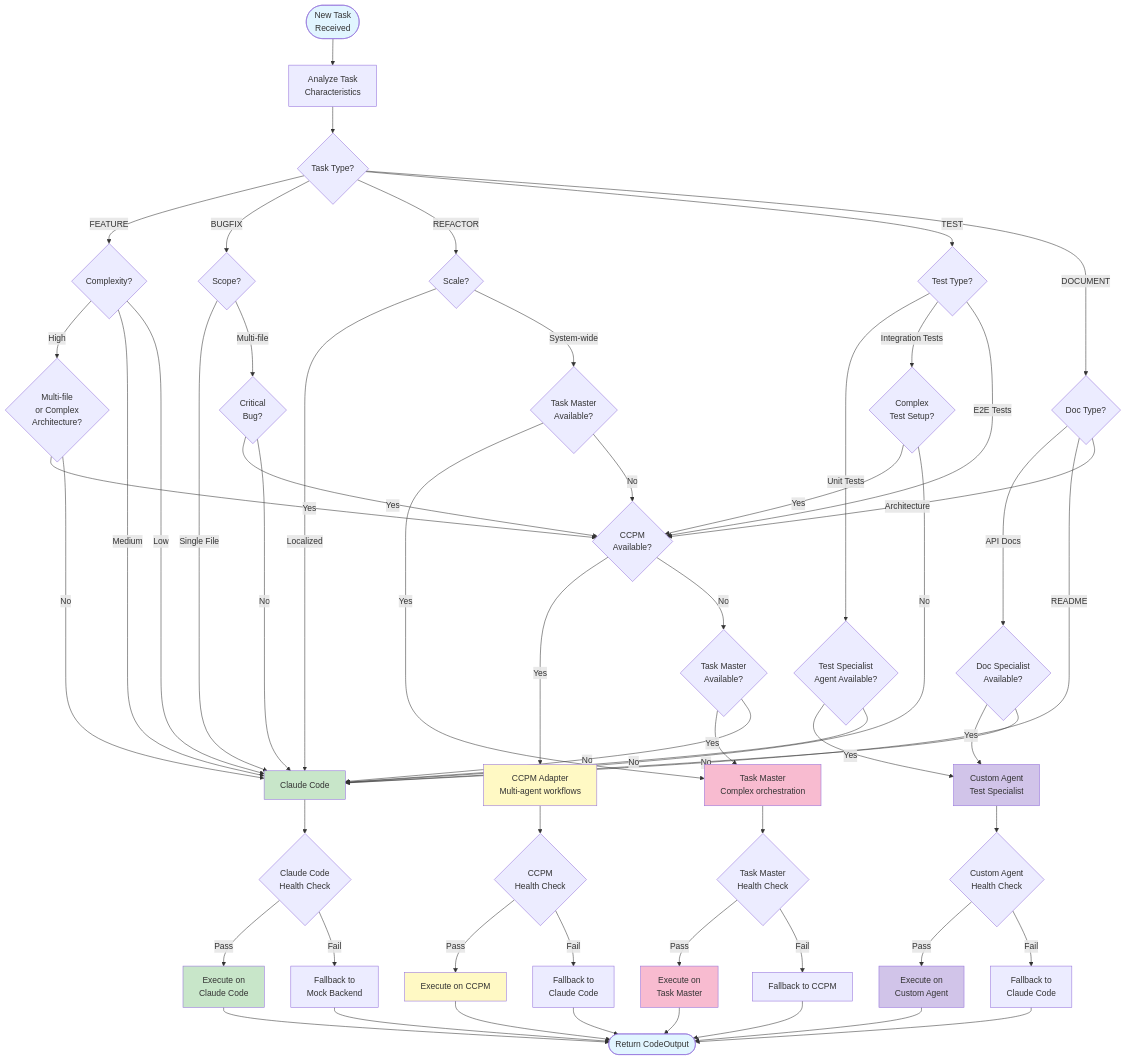
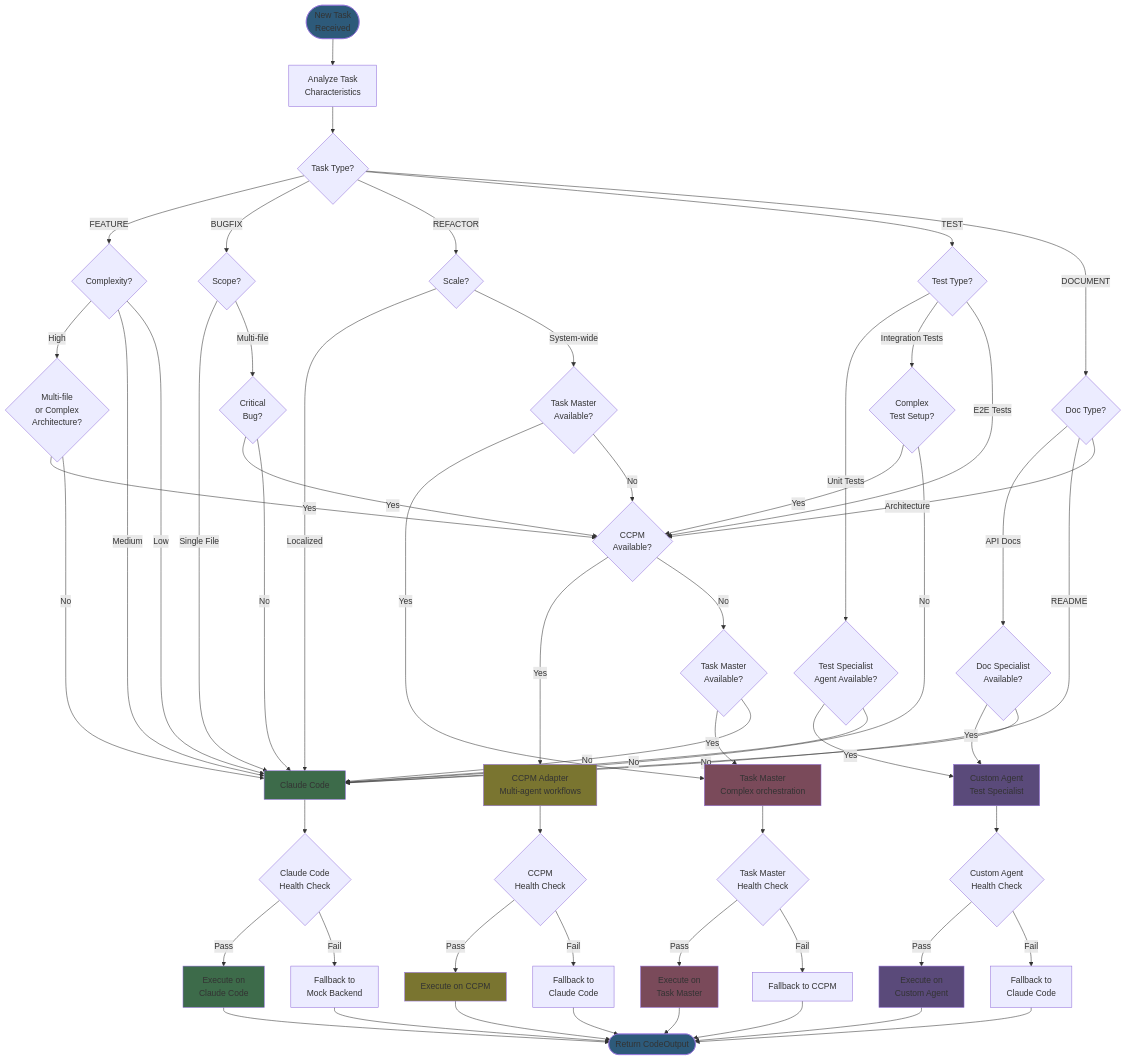
Before and after one commit to thamam/moderator: the diagram in docs/diagrams/task-routing-decision-tree.md, drawn with Mermaid. The commit also changed 11 other files, not shown here.

Commit message:
chagned diagrams colors

````diff
--- a/docs/diagrams/task-routing-decision-tree.md
+++ b/docs/diagrams/task-routing-decision-tree.md
@@ -92,14 +92,14 @@
     FallbackMock1 --> Result
     FallbackCCPM1 --> Result
 
-    style Start fill:#e1f5ff
-    style CCPM fill:#fff9c4
-    style ClaudeCode fill:#c8e6c9
-    style TaskMaster fill:#f8bbd0
-    style CustomAgent fill:#d1c4e9
-    style Result fill:#e1f5ff
-    style ExecuteCCPM fill:#fff9c4
-    style ExecuteClaude fill:#c8e6c9
-    style ExecuteTM fill:#f8bbd0
-    style ExecuteCustom fill:#d1c4e9
+    style Start fill:#2d5a7a
+    style CCPM fill:#7a7530
+    style ClaudeCode fill:#3d6b4a
+    style TaskMaster fill:#7a4a5a
+    style CustomAgent fill:#5a4a7a
+    style Result fill:#2d5a7a
+    style ExecuteCCPM fill:#7a7530
+    style ExecuteClaude fill:#3d6b4a
+    style ExecuteTM fill:#7a4a5a
+    style ExecuteCustom fill:#5a4a7a
 ```
````
